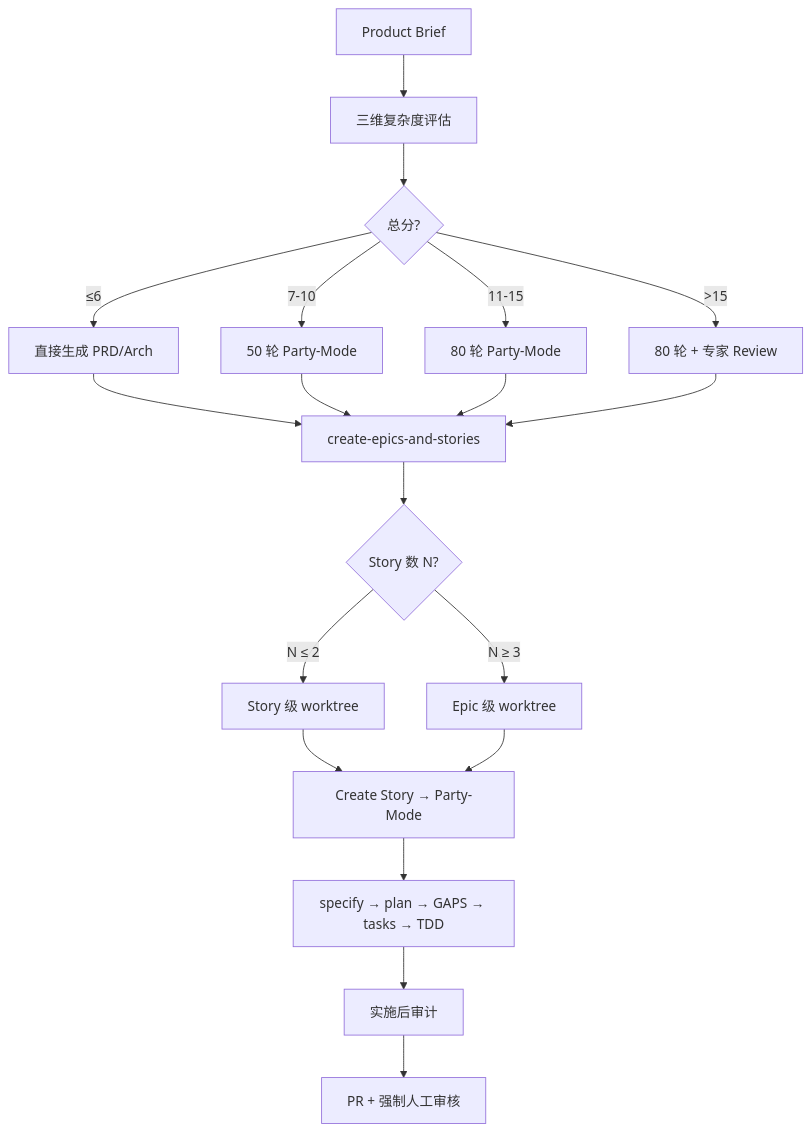
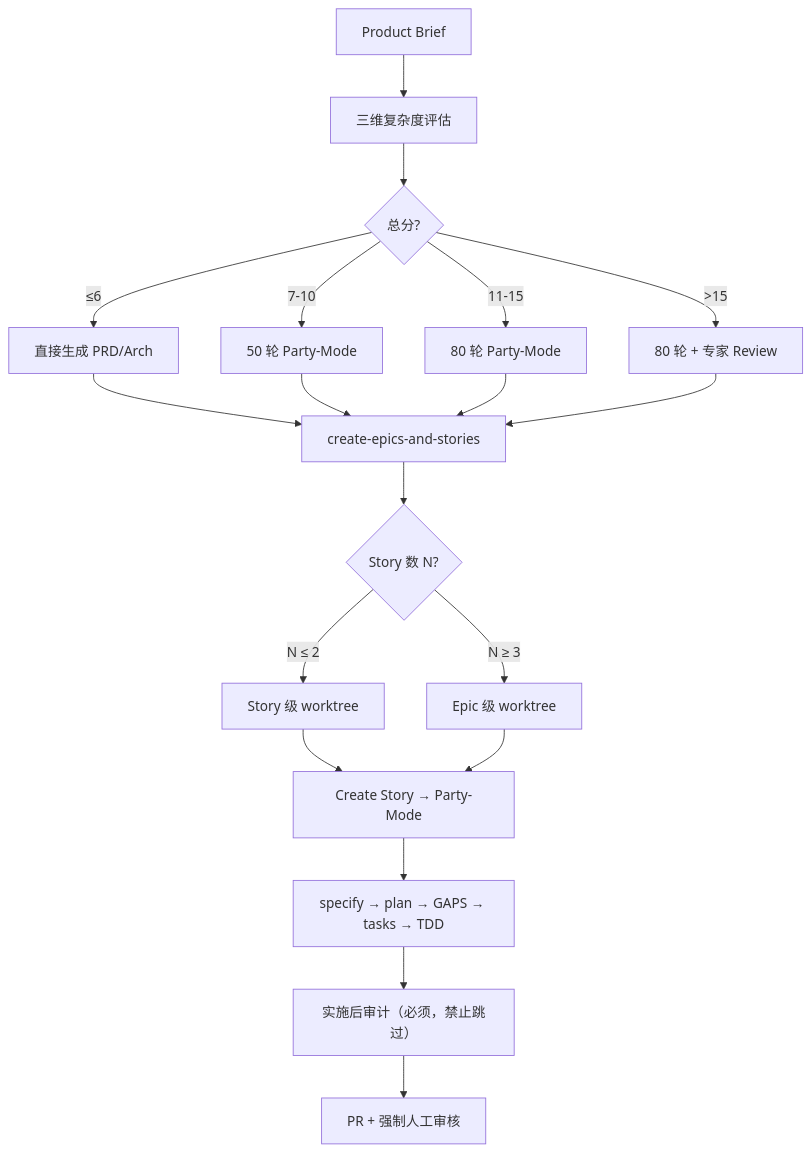
The third of 5 diagrams in README.md (milome/BMAD-Speckit-SDD-Flow), drawn with Mermaid before and after one commit. The commit also changed other lines of this file and 61 other files, not shown here.

````diff
--- a/README.md
+++ b/README.md
@@ -110,21 +110,21 @@
 ```mermaid
 flowchart TD
   A[Product Brief] --> B[三维复杂度评估]
   B --> C{总分?}
   C -->|≤6| D[直接生成 PRD/Arch]
   C -->|7-10| E[50 轮 Party-Mode]
   C -->|11-15| F[80 轮 Party-Mode]
   C -->|>15| G[80 轮 + 专家 Review]
   D --> H[create-epics-and-stories]
   E --> H
   F --> H
   G --> H
   H --> I{Story 数 N?}
   I -->|N ≤ 2| J[Story 级 worktree]
   I -->|N ≥ 3| K[Epic 级 worktree]
   J --> L[Create Story → Party-Mode]
   K --> L
   L --> M[specify → plan → GAPS → tasks → TDD]
-  M --> N[实施后审计]
+  M --> N[实施后审计（必须，禁止跳过）]
   N --> O[PR + 强制人工审核]
 ```
````
